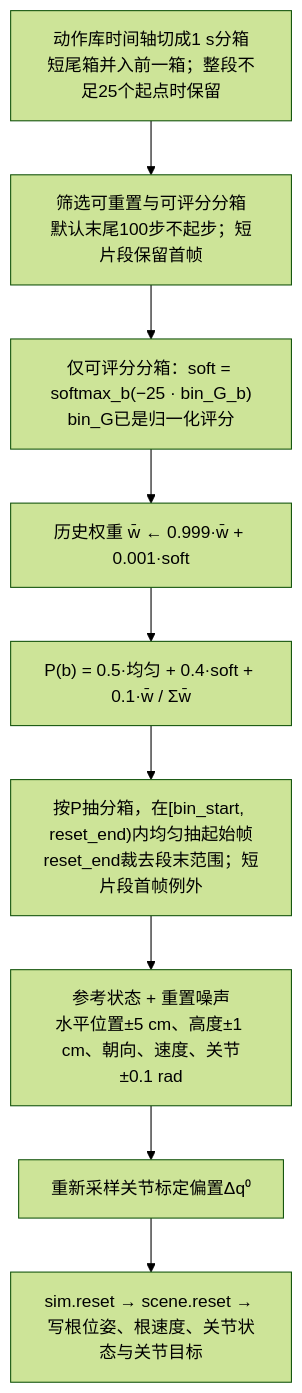
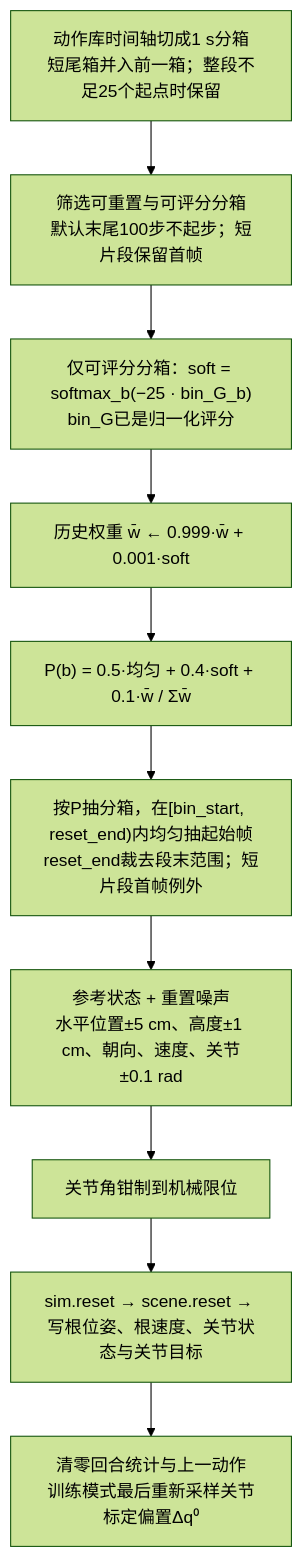
One commit to RaraAlu/Supermimic changed the fifth of 11 diagrams in docs/analysis/training_pipeline.md. Above: the diagram before and after it, drawn with Mermaid (forest theme). The commit also changed other lines of this file and 6 other files, not shown here.

````diff
--- a/docs/analysis/training_pipeline.md
+++ b/docs/analysis/training_pipeline.md
@@ -396,11 +399,12 @@
 ```mermaid
 flowchart TD
     BINS["动作库时间轴切成1 s分箱<br/>短尾箱并入前一箱；整段不足25个起点时保留"] --> ALLOW["筛选可重置与可评分分箱<br/>默认末尾100步不起步；短片段保留首帧"]
     ALLOW --> SOFT["仅可评分分箱：soft = softmax_b(−25 · bin_G_b)<br/>bin_G已是归一化评分"]
     SOFT --> AVG["历史权重 w̄ ← 0.999·w̄ + 0.001·soft"]
     AVG --> MIX["P(b) = 0.5·均匀 + 0.4·soft + 0.1·w̄ / Σw̄"]
     MIX --> PICK["按P抽分箱，在[bin_start, reset_end)内均匀抽起始帧<br/>reset_end裁去段末范围；短片段首帧例外"]
     PICK --> STATE["参考状态 + 重置噪声<br/>水平位置±5 cm、高度±1 cm、朝向、速度、关节±0.1 rad"]
-    STATE --> DR["重新采样关节标定偏置Δq⁰"]
-    DR --> WRITE["sim.reset → scene.reset → 写根位姿、根速度、关节状态与关节目标"]
+    STATE --> CLAMP["关节角钳制到机械限位"]
+    CLAMP --> WRITE["sim.reset → scene.reset → 写根位姿、根速度、关节状态与关节目标"]
+    WRITE --> DR["清零回合统计与上一动作<br/>训练模式最后重新采样关节标定偏置Δq⁰"]
 ```
````
